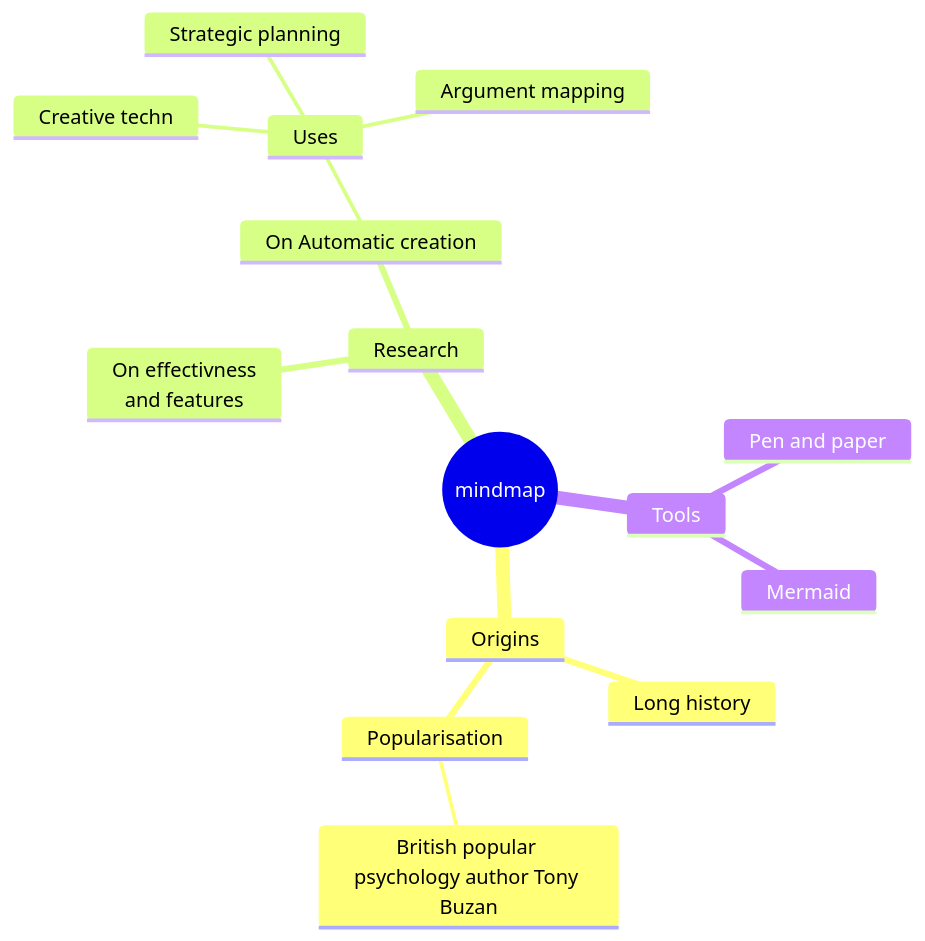
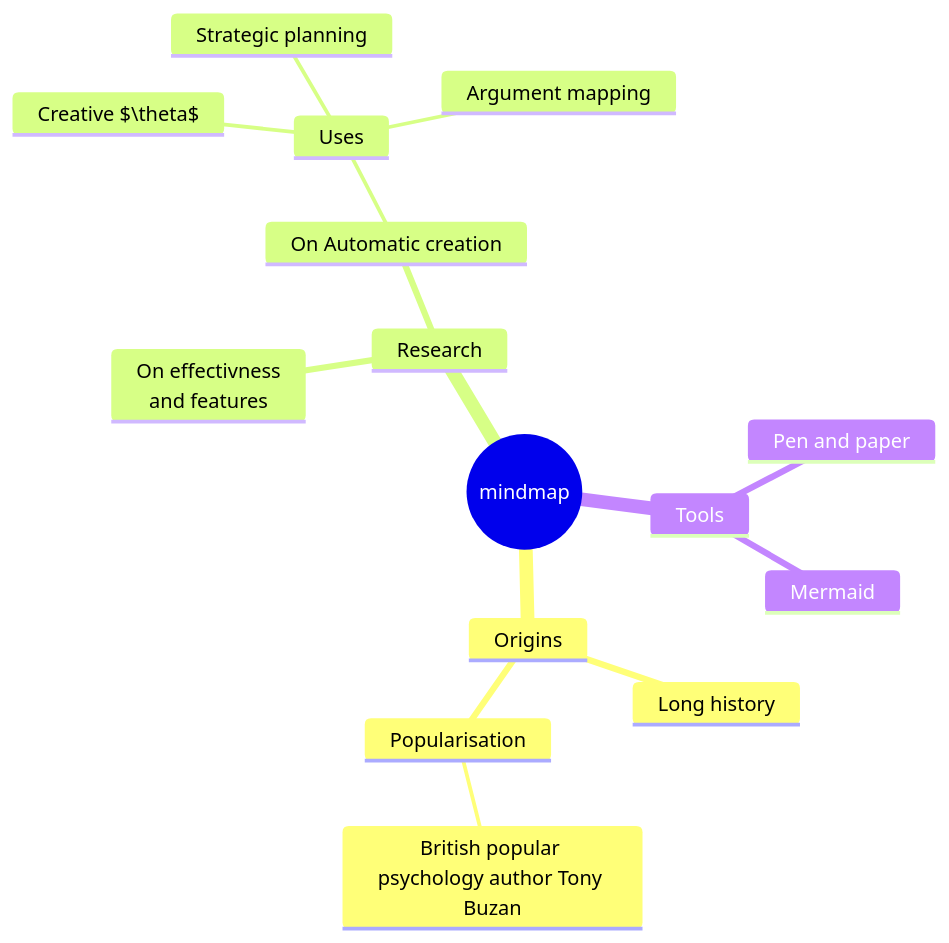
The diagram in all/未命名.md (silly-goose-paper-box/iodraw-files), drawn with Mermaid before and after one commit.

Commit message:
2026-06-21 09:48:56 update

````diff
--- a/all/未命名.md
+++ b/all/未命名.md
@@ -1,20 +1,20 @@
 ```mermaid
 mindmap
   root((mindmap))
     Origins
       Long history
       ::icon(fa fa-book)
       Popularisation
         British popular psychology author Tony Buzan
     Research
       On effectivness<br/>and features
       On Automatic creation
         Uses
-            Creative techn
+            Creative $\theta$
             Strategic planning
             Argument mapping
     Tools
       Pen and paper
       Mermaid		
 	  
 ```
````
